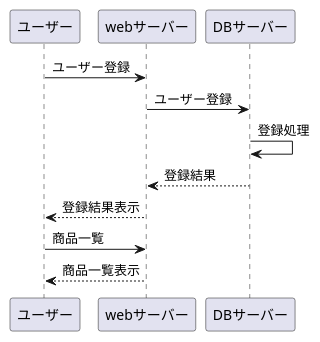
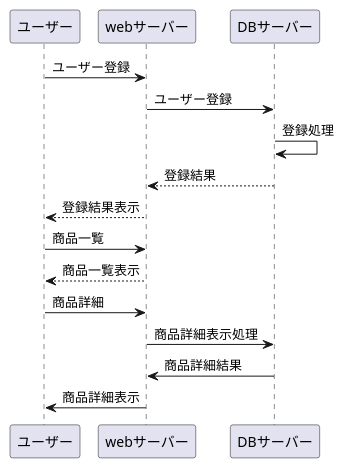
Before and after one commit to Aso2001165/2021sys-design-3: the diagram in kadai8.md, drawn with PlantUML.

````diff
--- a/kadai8.md
+++ b/kadai8.md
@@ -1,12 +1,17 @@
 ```uml
 @startuml
 ユーザー -> webサーバー: ユーザー登録
 webサーバー -> DBサーバー: ユーザー登録
 DBサーバー -> DBサーバー: 登録処理
 DBサーバー --> webサーバー: 登録結果
 webサーバー --> ユーザー: 登録結果表示
 
 ユーザー -> webサーバー:商品一覧
 webサーバー --> ユーザー:商品一覧表示
+
+ユーザー -> webサーバー:商品詳細
+webサーバー -> DBサーバー:商品詳細表示処理
+DBサーバー -> webサーバー:商品詳細結果
+webサーバー -> ユーザー:商品詳細表示
 @enduml
 ```
````
